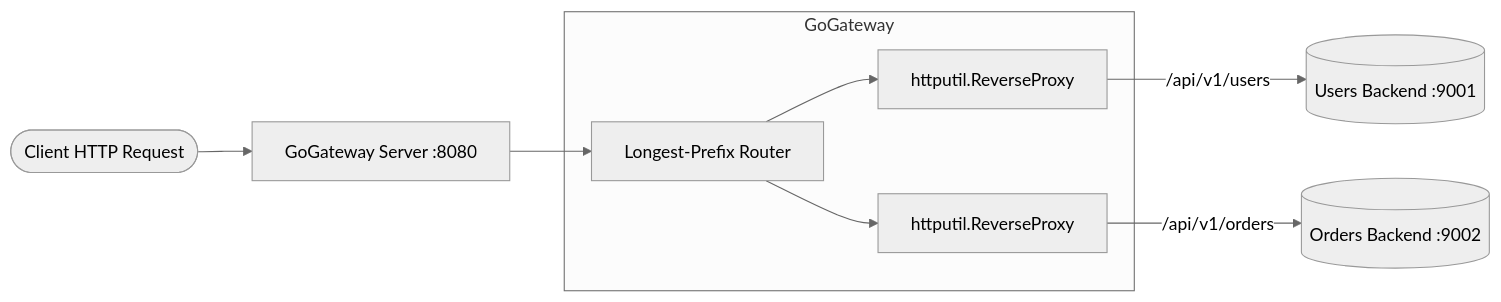
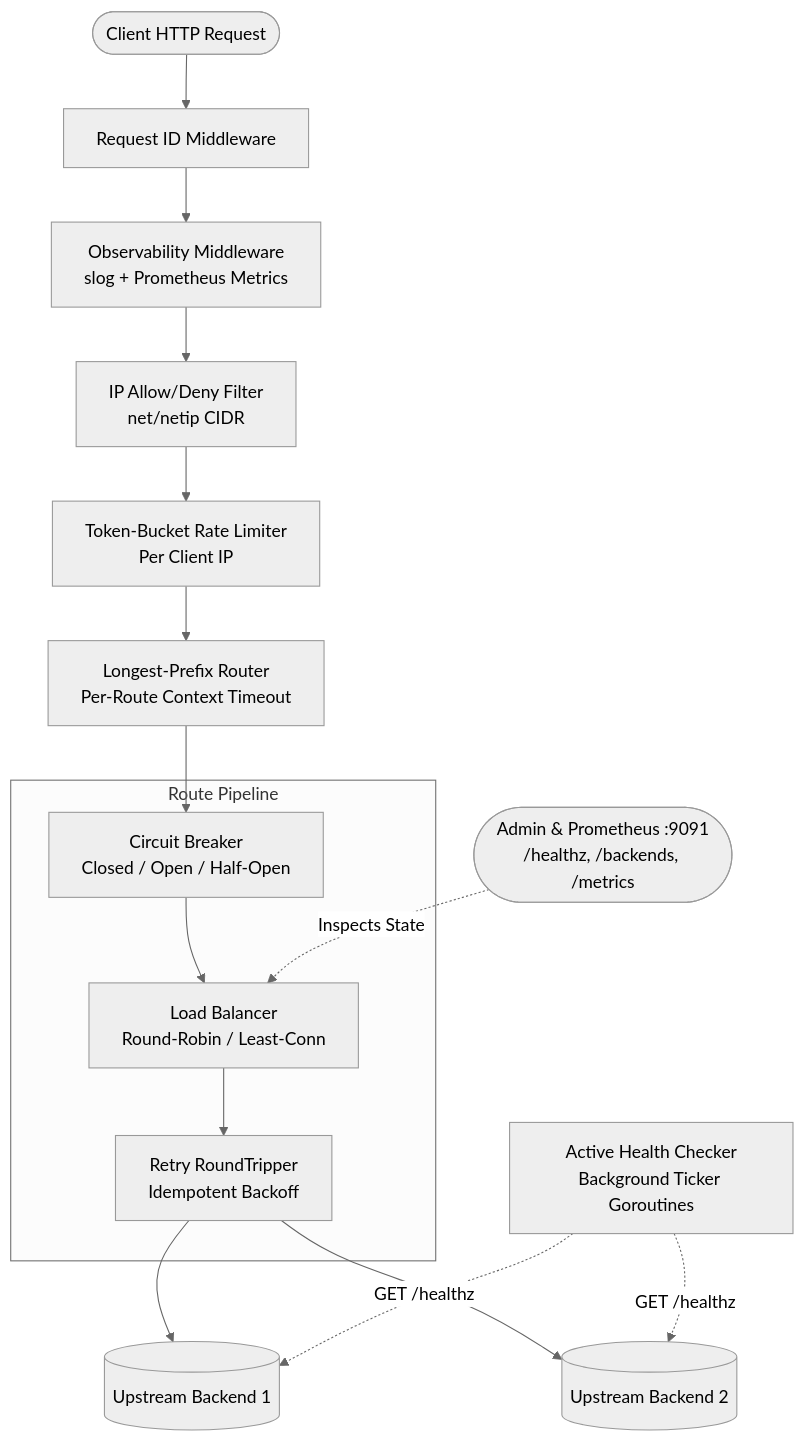
The diagram in README.md (mhdridwannst/Gogateway), drawn with Mermaid (neutral theme) before and after one commit. The commit also changed other lines of this file and 11 other files, not shown here.

````diff
--- a/README.md
+++ b/README.md
@@ -7,14 +32,24 @@
 ```mermaid
-flowchart LR
-    Client([Client HTTP Request]) --> Gateway[GoGateway Server :8080]
-    subgraph GoGateway
-        Router[Longest-Prefix Router]
-        RP1[httputil.ReverseProxy]
-        RP2[httputil.ReverseProxy]
-        Router --> RP1
-        Router --> RP2
+flowchart TB
+    Client([Client HTTP Request]) --> ReqID[Request ID Middleware]
+    ReqID --> Obs[Observability Middleware\nslog + Prometheus Metrics]
+    Obs --> IPFilter[IP Allow/Deny Filter\nnet/netip CIDR]
+    IPFilter --> RateLimit[Token-Bucket Rate Limiter\nPer Client IP]
+    RateLimit --> Router[Longest-Prefix Router\nPer-Route Context Timeout]
+
+    subgraph RouteHandler [Route Pipeline]
+        CB[Circuit Breaker\nClosed / Open / Half-Open]
+        LB[Load Balancer\nRound-Robin / Least-Conn]
+        Retry[Retry RoundTripper\nIdempotent Backoff]
+        CB --> LB --> Retry
     end
-    Gateway --> Router
-    RP1 -->|/api/v1/users| UpstreamA[(Users Backend :9001)]
-    RP2 -->|/api/v1/orders| UpstreamB[(Orders Backend :9002)]
+
+    Router --> CB
+    Retry --> B1[(Upstream Backend 1)]
+    Retry --> B2[(Upstream Backend 2)]
+
+    Health[Active Health Checker\nBackground Ticker Goroutines] -.->|GET /healthz| B1
+    Health -.->|GET /healthz| B2
+
+    Admin([Admin & Prometheus :9091\n/healthz, /backends, /metrics]) -.->|Inspects State| LB
 ```
````
